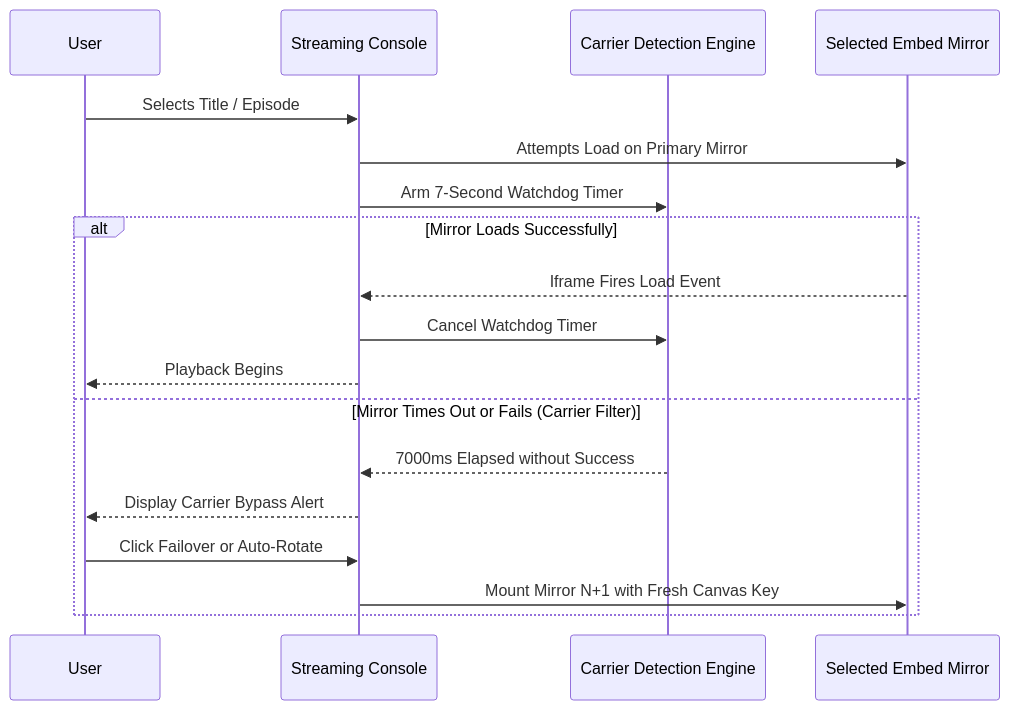
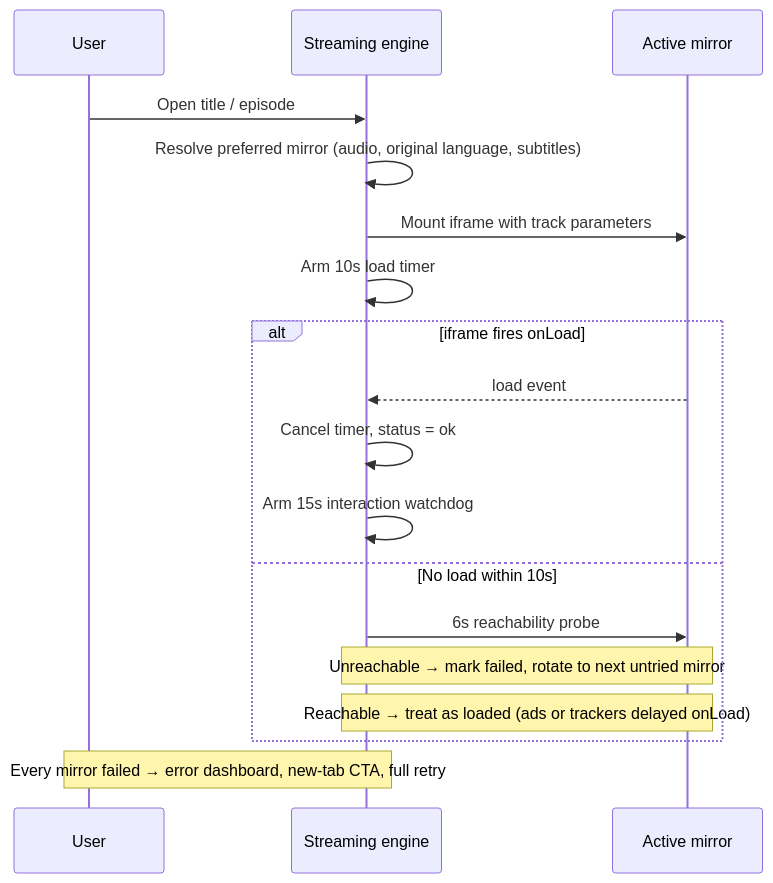
Before and after one commit to Msumankumar05/CineDB.xyz: the second of 2 diagrams in ARCHITECTURE.md, drawn with Mermaid. The commit also changed other lines of this file and 3 other files, not shown here.

Commit message:
docs: synchronize showcase with current production architecture and playback features

````diff
--- a/ARCHITECTURE.md
+++ b/ARCHITECTURE.md
@@ -111,21 +195,23 @@
 ```mermaid
 sequenceDiagram
     participant User
-    participant Player as Streaming Console
-    participant Engine as Carrier Detection Engine
-    participant Mirror as Selected Embed Mirror
+    participant Player as Streaming engine
+    participant Mirror as Active mirror
 
-    User->>Player: Selects Title / Episode
-    Player->>Mirror: Attempts Load on Primary Mirror
-    Player->>Engine: Arm 7-Second Watchdog Timer
-    alt Mirror Loads Successfully
-        Mirror-->>Player: Iframe Fires Load Event
-        Player->>Engine: Cancel Watchdog Timer
-        Player-->>User: Playback Begins
-    else Mirror Times Out or Fails (Carrier Filter)
-        Engine-->>Player: 7000ms Elapsed without Success
-        Player-->>User: Display Carrier Bypass Alert
-        User->>Player: Click Failover or Auto-Rotate
-        Player->>Mirror: Mount Mirror N+1 with Fresh Canvas Key
+    User->>Player: Open title / episode
+    Player->>Player: Resolve preferred mirror (audio, original language, subtitles)
+    Player->>Mirror: Mount iframe with track parameters
+    Player->>Player: Arm 10s load timer
+
+    alt iframe fires onLoad
+        Mirror-->>Player: load event
+        Player->>Player: Cancel timer, status = ok
+        Player->>Player: Arm 15s interaction watchdog
+    else No load within 10s
+        Player->>Mirror: 6s reachability probe
+        Note over Player,Mirror: Unreachable → mark failed, rotate to next untried mirror
+        Note over Player,Mirror: Reachable → treat as loaded (ads or trackers delayed onLoad)
     end
+
+    Note over User,Player: Every mirror failed → error dashboard, new-tab CTA, full retry
 ```
````
